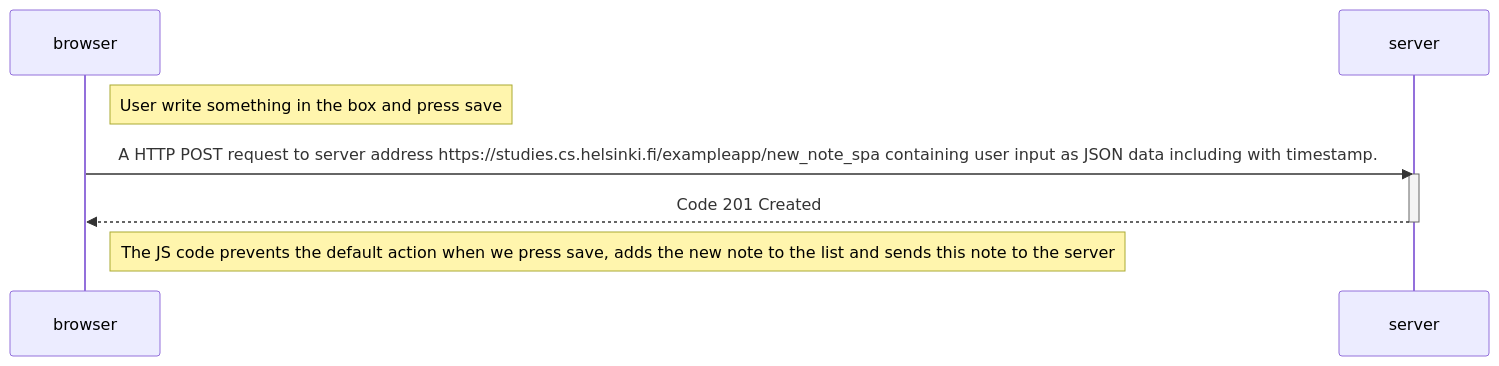
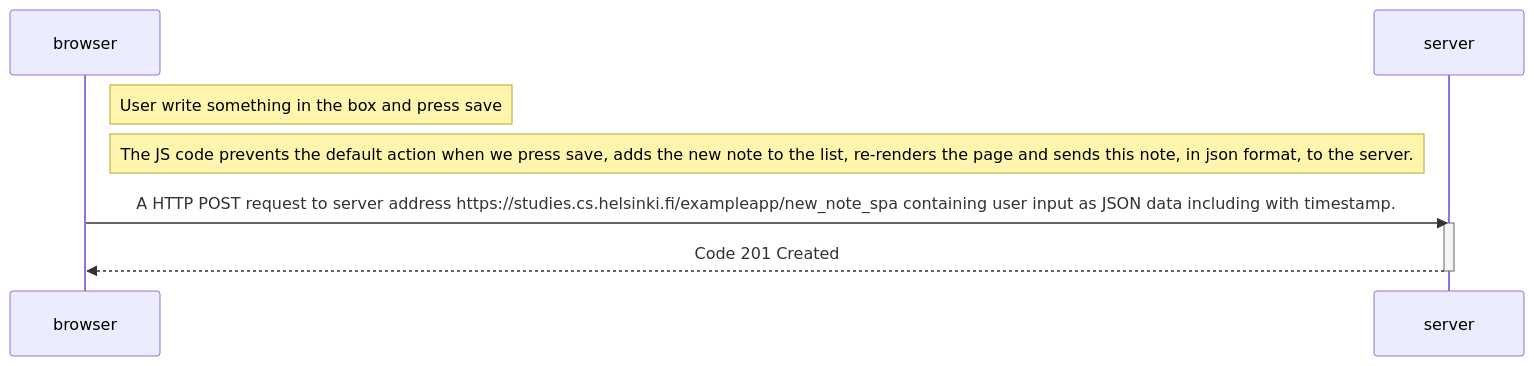
The diagram in part0/q0_6/README.md (AsijaAnand-WM/FullStackOpen), drawn with Mermaid before and after one commit. The commit also changed 1 other file, not shown here.

Commit message:
Corrections

````diff
--- a/part0/q0_6/README.md
+++ b/part0/q0_6/README.md
@@ -3,12 +3,12 @@
 ```mermaid
 	sequenceDiagram
 	participant browser
 	participant server
 	
 	Note right of browser : User write something in the box and press save
-	browser ->> server : A HTTP POST request to server address https://studies.cs.helsinki.fi/exampleapp/new_note_spa containing user input as JSON data including with timestamp.
+	Note right of browser : The JS code prevents the default action when we press save, adds the new note to the list, re-renders the page and sends this note, in json format, to the server.	
+    browser ->> server : A HTTP POST request to server address https://studies.cs.helsinki.fi/exampleapp/new_note_spa containing user input as JSON data including with timestamp.
 	activate server
 	server -->> browser : Code 201 Created
 	deactivate server
-	Note right of browser : The JS code prevents the default action when we press save, adds the new note to the list and sends this note to the server
 ```
````
